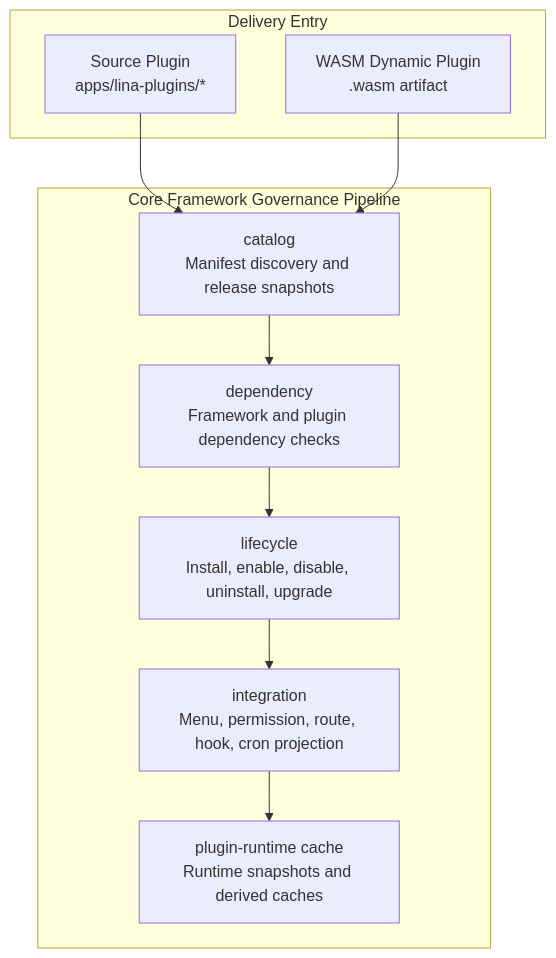
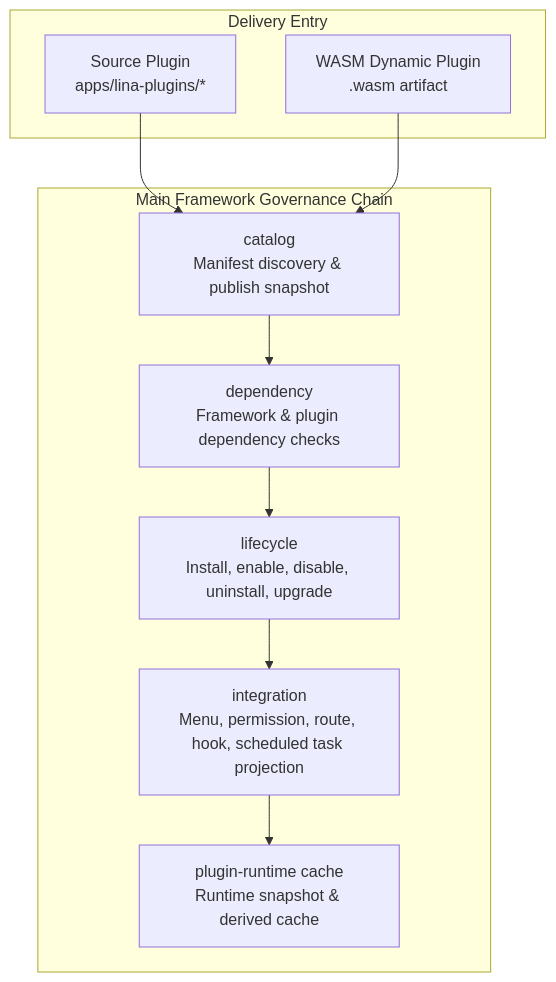
The first of 2 diagrams in apps/lina-site/i18n/en/docusaurus-plugin-content-docs/current/docs/2000-components/5000-plugin-system/5000-plugin-system.md (linaproai/linapro-site), drawn with Mermaid before and after one commit. The commit also changed other lines of this file and 56 other files, not shown here.

Commit message:
Refactor documentation for tenant and user capabilities; enhance clarity and consistency in descriptions, method names, and usage examples. Update overview and architecture sections for improved readability and coherence. Adjust demo instructions and project positioning for better user guidance.

````diff
--- a/apps/lina-site/i18n/en/docusaurus-plugin-content-docs/current/docs/2000-components/5000-plugin-system/5000-plugin-system.md
+++ b/apps/lina-site/i18n/en/docusaurus-plugin-content-docs/current/docs/2000-components/5000-plugin-system/5000-plugin-system.md
@@ -69,22 +69,22 @@
 ```mermaid
 flowchart TD
     subgraph Delivery["Delivery Entry"]
         Source["Source Plugin<br/>apps/lina-plugins/*"]
         Dynamic["WASM Dynamic Plugin<br/>.wasm artifact"]
     end
 
-    subgraph Pipeline["Core Framework Governance Pipeline"]
-        Catalog["catalog<br/>Manifest discovery and release snapshots"]
-        Dependency["dependency<br/>Framework and plugin dependency checks"]
+    subgraph Pipeline["Main Framework Governance Chain"]
+        Catalog["catalog<br/>Manifest discovery & publish snapshot"]
+        Dependency["dependency<br/>Framework & plugin dependency checks"]
         Lifecycle["lifecycle<br/>Install, enable, disable, uninstall, upgrade"]
-        Integration["integration<br/>Menu, permission, route, hook, cron projection"]
-        Cache["plugin-runtime cache<br/>Runtime snapshots and derived caches"]
+        Integration["integration<br/>Menu, permission, route, hook, scheduled task projection"]
+        Cache["plugin-runtime cache<br/>Runtime snapshot & derived cache"]
     end
 
     Source --> Catalog
     Dynamic --> Catalog
     Catalog --> Dependency
     Dependency --> Lifecycle
     Lifecycle --> Integration
     Integration --> Cache
 ```
````
